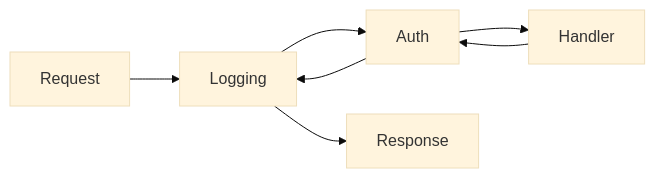
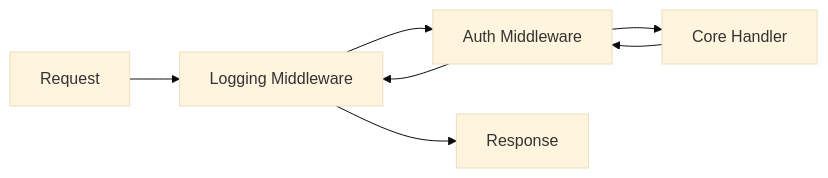
One commit to syahputrawork98-sketch/Golang-Knowledge-Base changed the diagram in RAK-04-core-mechanics/SR-02-architecture-patterns/BK-01-middleware-decorators/CH-02_MiddlewareChaining/README.md. Above: the diagram before and after it, drawn with Mermaid (base theme). The commit also changed other lines of this file and 19 other files, not shown here.

Commit message:
add : SR-02-architecture-patterns

````diff
--- a/RAK-04-core-mechanics/SR-02-architecture-patterns/BK-01-middleware-decorators/CH-02_MiddlewareChaining/README.md
+++ b/RAK-04-core-mechanics/SR-02-architecture-patterns/BK-01-middleware-decorators/CH-02_MiddlewareChaining/README.md
@@ -24,9 +33,9 @@
 ```mermaid
 graph LR
-    R[Request] --> M1[Logging]
-    M1 --> M2[Auth]
-    M2 --> H[Handler]
-    H --> M2
-    M2 --> M1
-    M1 --> S[Response]
+    R[Request] --> L[Logging Middleware]
+    L --> A[Auth Middleware]
+    A --> H[Core Handler]
+    H --> A
+    A --> L
+    L --> S[Response]
 ```
````
